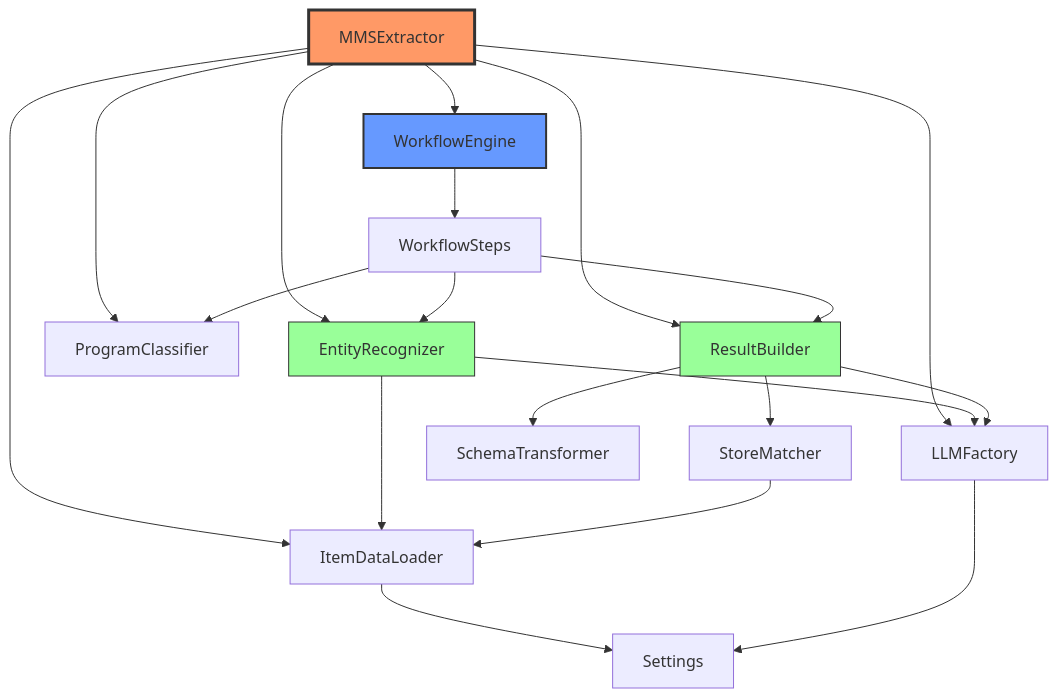
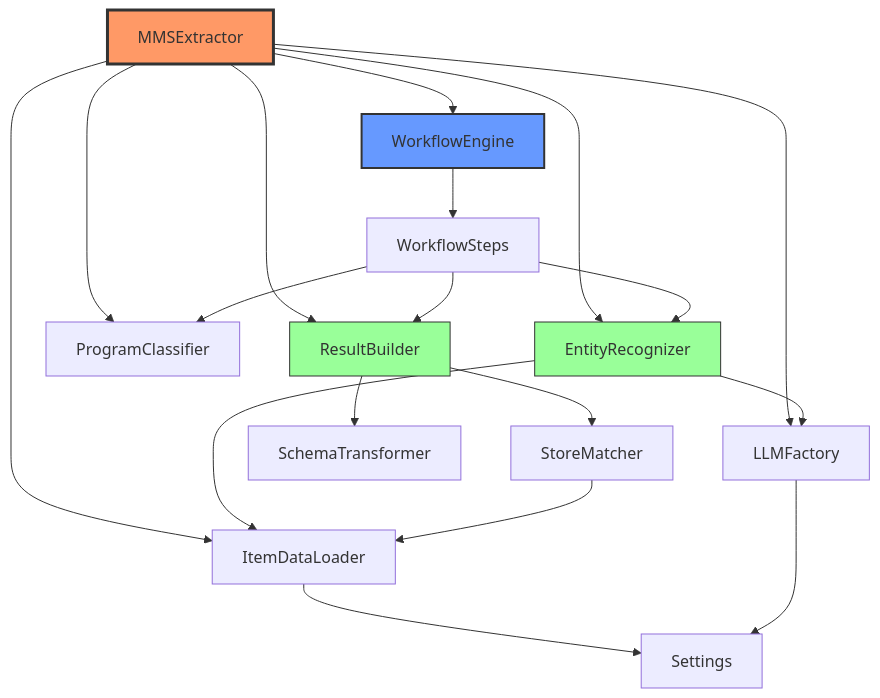
Before and after one commit to yonggoghi/AgenticWorkflow: the fourth of 4 diagrams in mms_extractor_exp/docs/ARCHITECTURE.md, drawn with Mermaid. The commit also changed other lines of this file and 6 other files, not shown here.

````diff
--- a/mms_extractor_exp/docs/ARCHITECTURE.md
+++ b/mms_extractor_exp/docs/ARCHITECTURE.md
@@ -232,32 +236,31 @@
 ```mermaid
 graph TD
     MMSExtractor --> WorkflowEngine
     MMSExtractor --> EntityRecognizer
     MMSExtractor --> ProgramClassifier
     MMSExtractor --> ResultBuilder
     MMSExtractor --> ItemDataLoader
     MMSExtractor --> LLMFactory
     
     WorkflowEngine --> WorkflowSteps
     
     WorkflowSteps --> EntityRecognizer
     WorkflowSteps --> ProgramClassifier
     WorkflowSteps --> ResultBuilder
     
     EntityRecognizer --> ItemDataLoader
     EntityRecognizer --> LLMFactory
     
     ResultBuilder --> StoreMatcher
     ResultBuilder --> SchemaTransformer
-    ResultBuilder --> LLMFactory
     
     StoreMatcher --> ItemDataLoader
     
     ItemDataLoader --> Settings
     LLMFactory --> Settings
     
     style MMSExtractor fill:#f96,stroke:#333,stroke-width:3px
     style WorkflowEngine fill:#69f,stroke:#333,stroke-width:2px
     style EntityRecognizer fill:#9f9,stroke:#333
     style ResultBuilder fill:#9f9,stroke:#333
 ```
````
